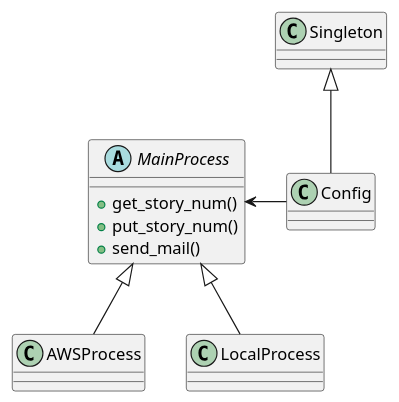
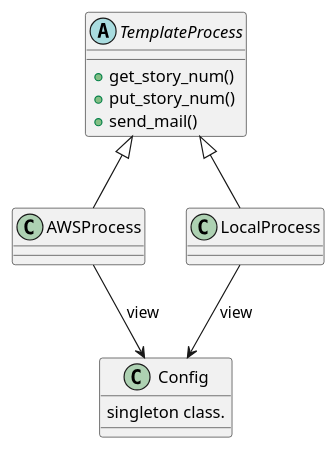
One commit to corutopi/chk-onepanman changed the diagram in README.md. Above: the diagram before and after it, drawn with PlantUML. The commit also changed other lines of this file, not shown here.

Commit message:
[clean] typo fixes and udapte class uml.

````diff
--- a/README.md
+++ b/README.md
@@ -27,24 +28,22 @@
 ```plantuml
 class "Config" as conf {
+    singleton class.
 }
 
-class "Singleton" as singleton {
-}
-
-abstract "MainProcess" as mp {
+abstract "TemplateProcess" as tp {
     +get_story_num()
     +put_story_num()
     +send_mail()
 }
 
 class "AWSProcess" as aws {
 }
 
 class "LocalProcess" as local {
 }
 
-mp <|-- aws
-mp <|-- local
-conf -left-> mp
-conf -up-|> singleton
+tp <|-- aws
+tp <|-- local
+aws --> conf : view
+local --> conf : view
 ```
````
